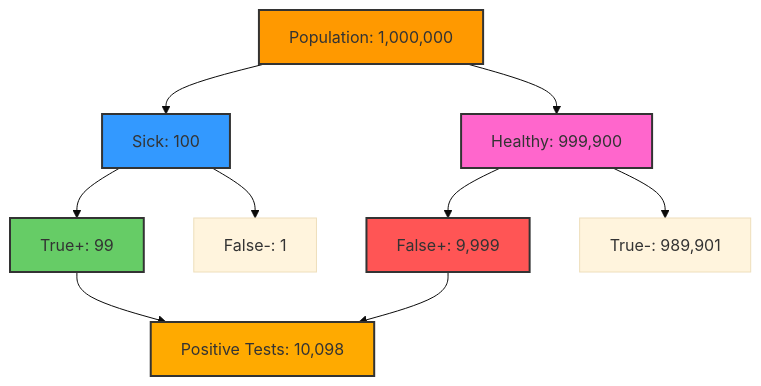
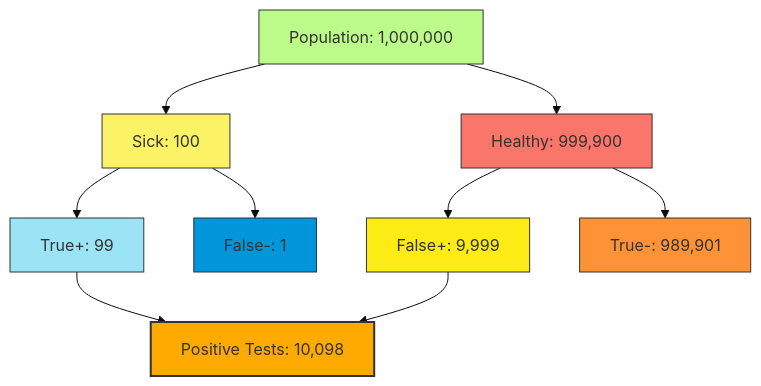
One commit to Chaklader/part-of-speech-tagging changed diagram 13 of 23 in C_2.md. Above: the diagram before and after it, drawn with Mermaid (base theme). The commit also changed other lines of this file, not shown here.

````diff
--- a/C_2.md
+++ b/C_2.md
@@ -906,17 +928,20 @@
 ```mermaid
 flowchart TD
     A["Population: 1,000,000"] --> B["Sick: 100"]
     A --> C["Healthy: 999,900"]
     B --> D["True+: 99"]
     B --> E["False-: 1"]
     C --> F["False+: 9,999"]
     C --> G["True-: 989,901"]
     D --> H["Positive Tests: 10,098"]
     F --> H
-    style A fill:#ff9900,stroke:#333,stroke-width:2px
-    style B fill:#3399ff,stroke:#333,stroke-width:2px
-    style C fill:#ff66cc,stroke:#333,stroke-width:2px
-    style D fill:#66cc66,stroke:#333,stroke-width:2px
-    style F fill:#ff5555,stroke:#333,stroke-width:2px
+
+style A fill:#BCFB89,stroke:#333,stroke-width:1px
+  style B fill:#FBF266,stroke:#333,stroke-width:1px
+  style C fill:#FA756A,stroke:#333,stroke-width:1px
+  style D fill:#9AE4F5,stroke:#333,stroke-width:1px
+  style E fill:#0096D9,stroke:#333,stroke-width:1px
+  style F fill:#FCEB14,stroke:#333,stroke-width:1px
+  style G fill:#FE9237,stroke:#333,stroke-width:1px
     style H fill:#ffaa00,stroke:#333,stroke-width:2px
 ```
````
